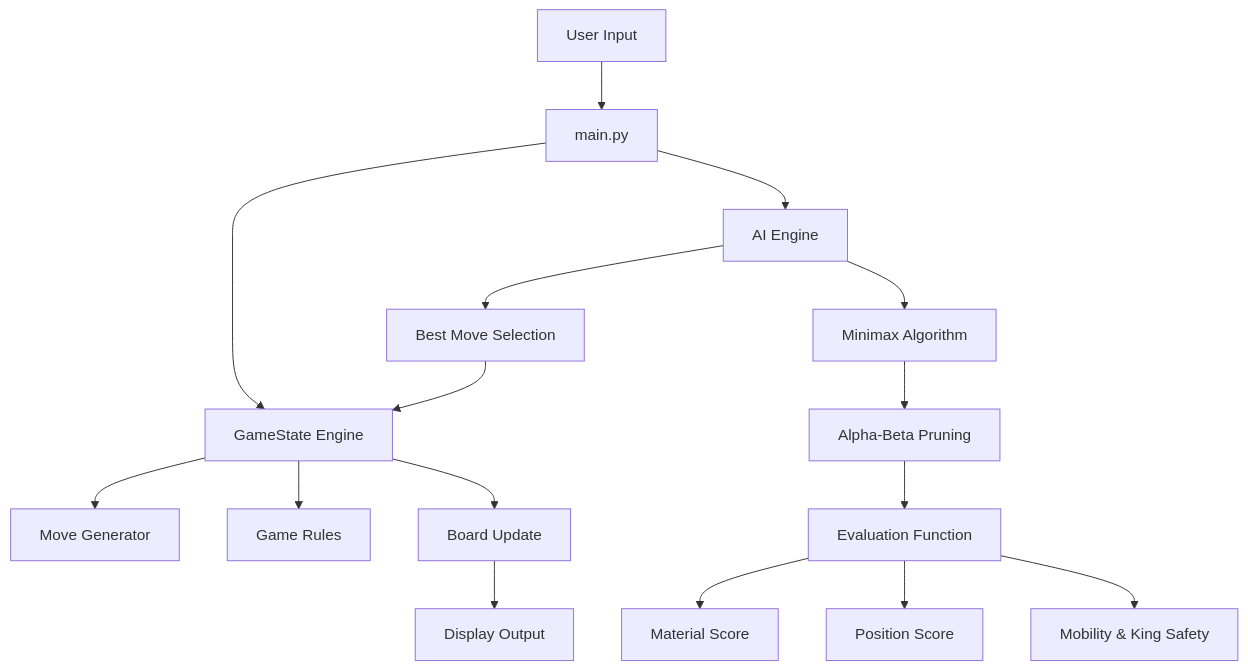
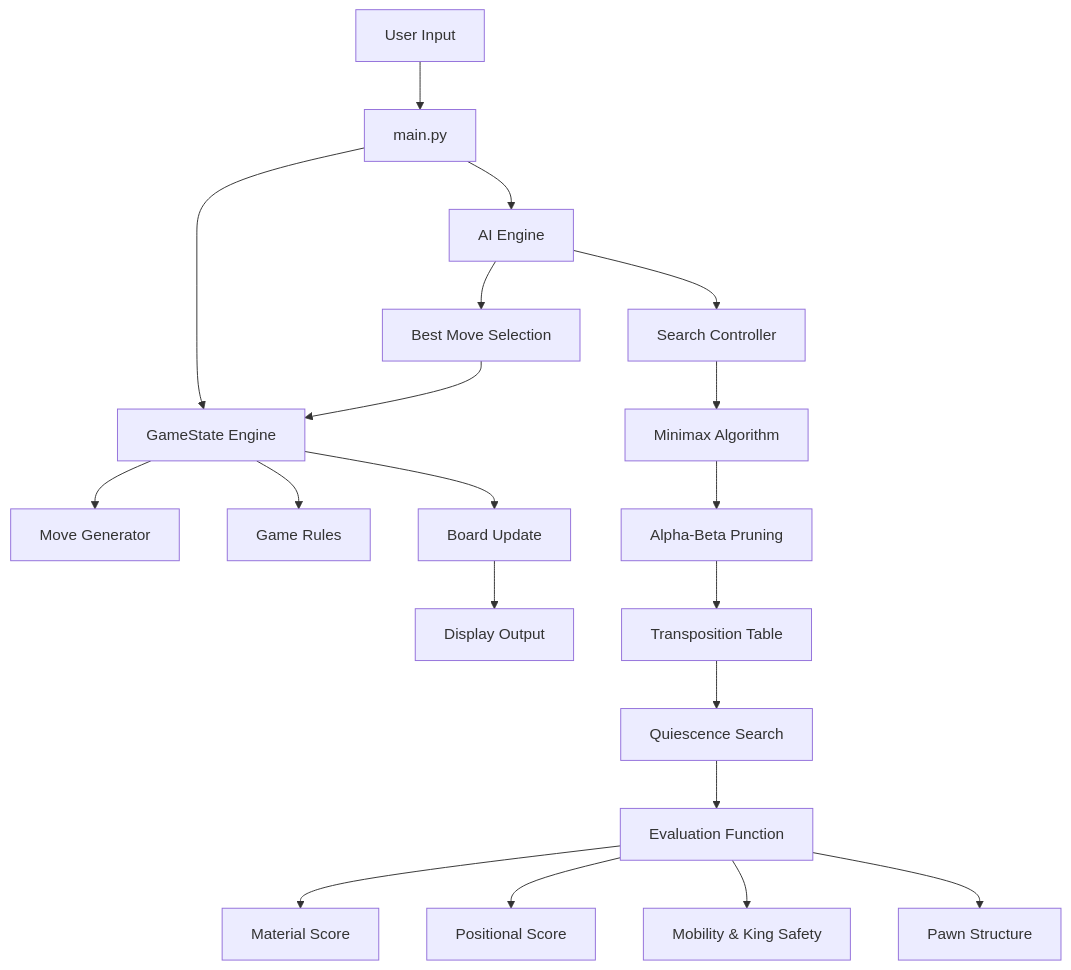
Before and after one commit to Nomusa990822/Chess-AI: the first of 2 diagrams in README.md, drawn with Mermaid. The commit also changed other lines of this file, not shown here.

````diff
--- a/README.md
+++ b/README.md
@@ -68,27 +103,33 @@
 ```mermaid
 flowchart TD
+    A[User Input] --> B[main.py]
 
-A[User Input] --> B[main.py]
+    B --> C[GameState Engine]
+    B --> D[AI Engine]
 
-B --> C[GameState Engine]
-C --> D[Move Generator]
-C --> E[Game Rules]
+    %% Engine Layer
+    C --> C1[Move Generator]
+    C --> C2[Game Rules]
+    C --> C3[Board Update]
 
-B --> F[AI Engine]
+    C3 --> C4[Display Output]
 
-F --> G[Minimax Algorithm]
-G --> H[Alpha-Beta Pruning]
-H --> I[Evaluation Function]
+    %% AI Layer
+    D --> D1[Best Move Selection]
+    D --> D2[Search Controller]
 
-I --> J[Material Score]
-I --> K[Position Score]
-I --> L[Mobility & King Safety]
+    D2 --> D3[Minimax Algorithm]
+    D3 --> D4[Alpha-Beta Pruning]
+    D4 --> D5[Transposition Table]
+    D5 --> D6[Quiescence Search]
+    D6 --> D7[Evaluation Function]
 
-F --> M[Best Move Selection]
+    %% Evaluation Layer
+    D7 --> E1[Material Score]
+    D7 --> E2[Positional Score]
+    D7 --> E3[Mobility & King Safety]
+    D7 --> E4[Pawn Structure]
 
-M --> C
-
-C --> N[Board Update]
-
-N --> O[Display Output]
+    %% Feedback Loop
+    D1 --> C
 ```
````
